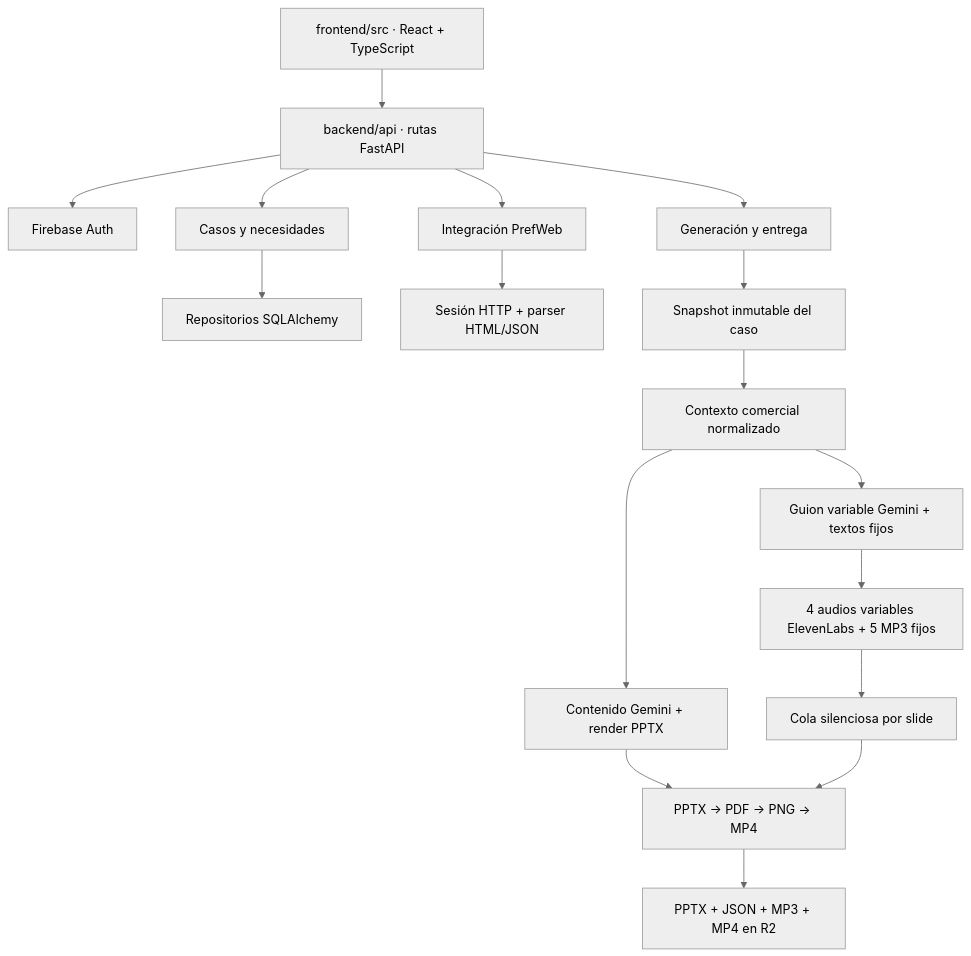
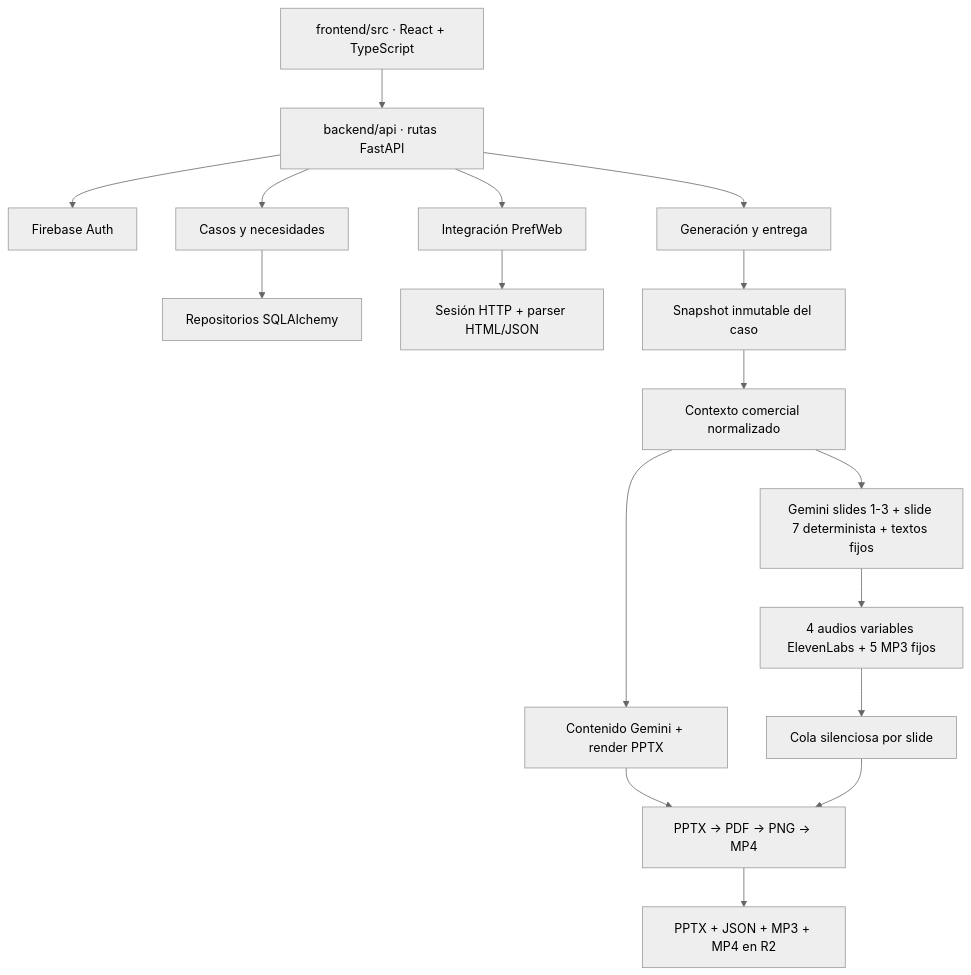
The second of 2 diagrams in ARCHITECTURE.md (albertomx2/smartvitra-automation), drawn with Mermaid (neutral theme) before and after one commit. The commit also changed other lines of this file and 20 other files, not shown here.

````diff
--- a/ARCHITECTURE.md
+++ b/ARCHITECTURE.md
@@ -36,20 +36,20 @@
 ```mermaid
 flowchart TD
     UI["frontend/src · React + TypeScript"] --> ROUTES["backend/api · rutas FastAPI"]
     ROUTES --> AUTH["Firebase Auth"]
     ROUTES --> CASES["Casos y necesidades"]
     ROUTES --> PREFSVC["Integración PrefWeb"]
     ROUTES --> GEN["Generación y entrega"]
 
     CASES --> REPOS["Repositorios SQLAlchemy"]
     PREFSVC --> PREFCLIENT["Sesión HTTP + parser HTML/JSON"]
     GEN --> SNAP["Snapshot inmutable del caso"]
     SNAP --> CTX["Contexto comercial normalizado"]
     CTX --> PPT["Contenido Gemini + render PPTX"]
-    CTX --> SCRIPT["Guion variable Gemini + textos fijos"]
+    CTX --> SCRIPT["Gemini slides 1-3 + slide 7 determinista + textos fijos"]
     SCRIPT --> TTS["4 audios variables ElevenLabs + 5 MP3 fijos"]
     TTS --> PAD["Cola silenciosa por slide"]
     PPT --> VIDEO["PPTX → PDF → PNG → MP4"]
     PAD --> VIDEO
     VIDEO --> ART["PPTX + JSON + MP3 + MP4 en R2"]
 ```
````
